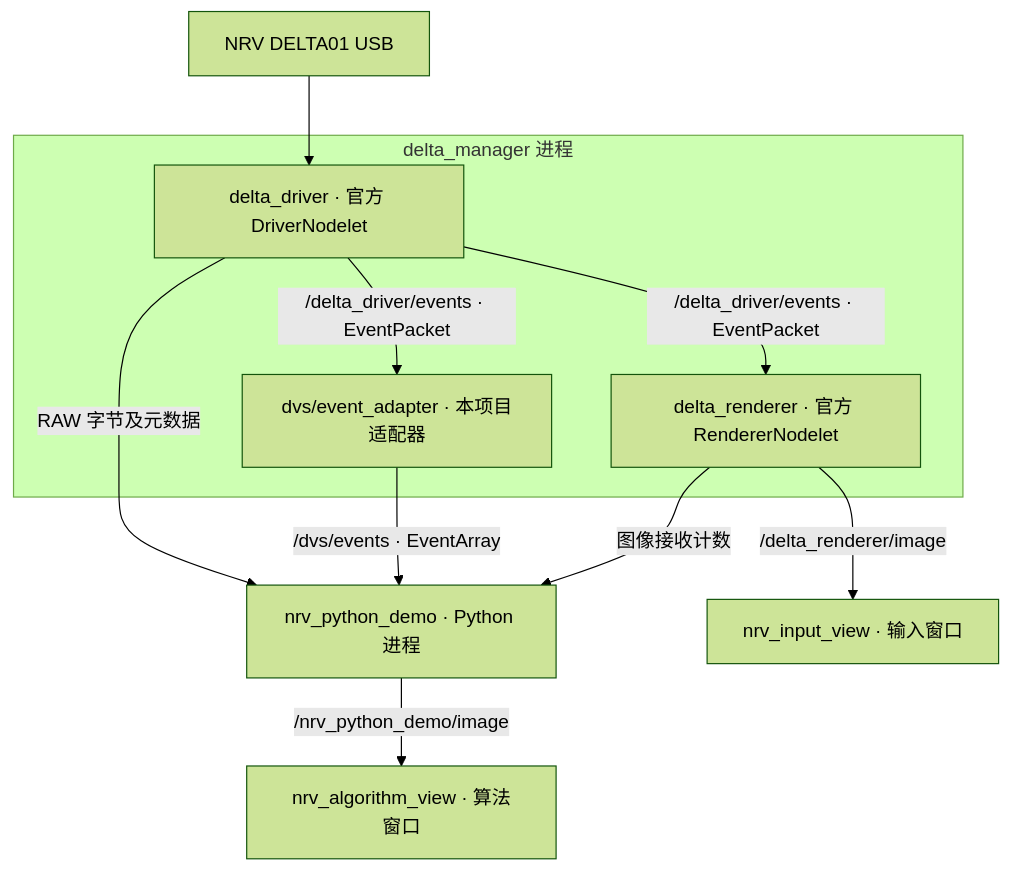
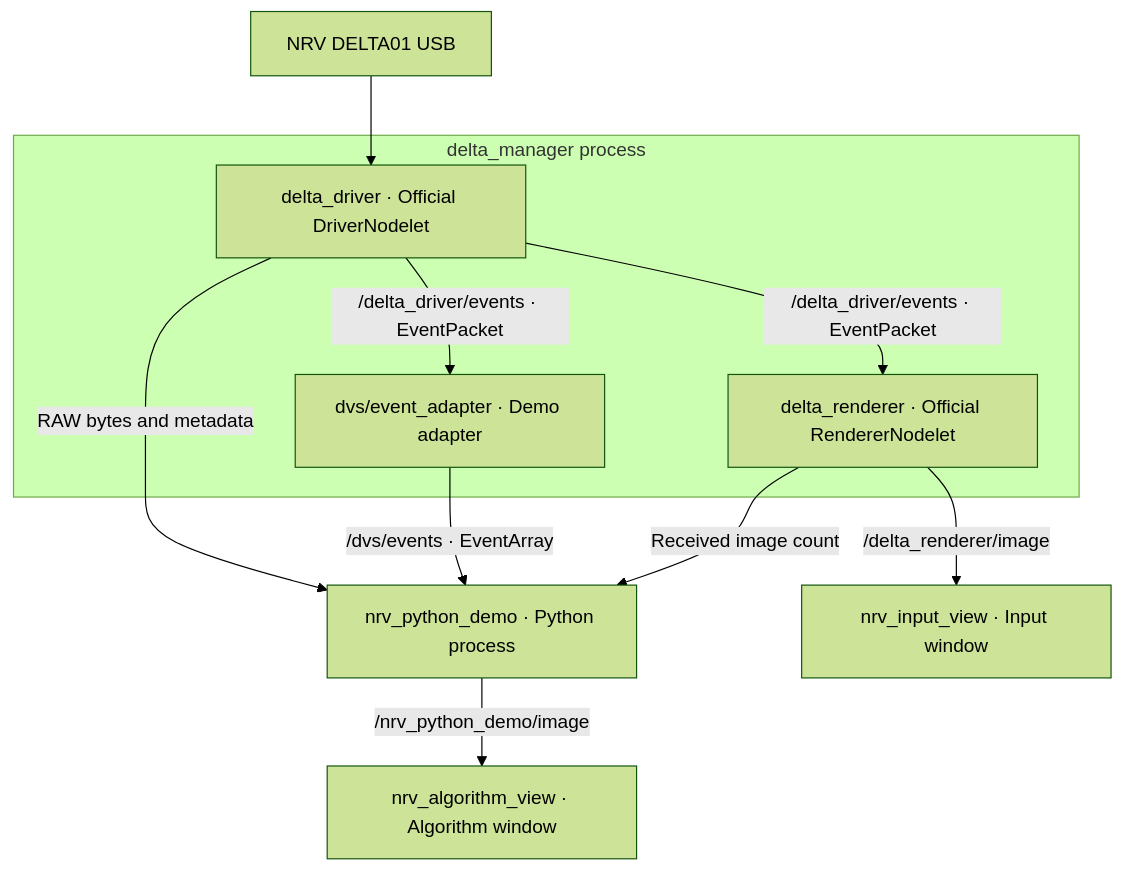
One commit to lixiang-moss/NRV_Demo changed the diagram in README.md. Above: the diagram before and after it, drawn with Mermaid (forest theme). The commit also changed other lines of this file and 1 other file, not shown here.

````diff
--- a/README.md
+++ b/README.md
@@ -57,16 +59,16 @@
 ```mermaid
 flowchart TD
     Camera[NRV DELTA01 USB] --> Driver
-    subgraph Manager[delta_manager 进程]
-      Driver[delta_driver · 官方 DriverNodelet]
-      Adapter[dvs/event_adapter · 本项目适配器]
-      Renderer[delta_renderer · 官方 RendererNodelet]
+    subgraph Manager[delta_manager process]
+      Driver[delta_driver · Official DriverNodelet]
+      Adapter[dvs/event_adapter · Demo adapter]
+      Renderer[delta_renderer · Official RendererNodelet]
       Driver -->|/delta_driver/events · EventPacket| Adapter
       Driver -->|/delta_driver/events · EventPacket| Renderer
     end
-    Driver -->|RAW 字节及元数据| Python[nrv_python_demo · Python 进程]
+    Driver -->|RAW bytes and metadata| Python[nrv_python_demo · Python process]
     Adapter -->|/dvs/events · EventArray| Python
-    Renderer -->|/delta_renderer/image| InputView[nrv_input_view · 输入窗口]
-    Renderer -->|图像接收计数| Python
-    Python -->|/nrv_python_demo/image| OutputView[nrv_algorithm_view · 算法窗口]
+    Renderer -->|/delta_renderer/image| InputView[nrv_input_view · Input window]
+    Renderer -->|Received image count| Python
+    Python -->|/nrv_python_demo/image| OutputView[nrv_algorithm_view · Algorithm window]
 ```
````
